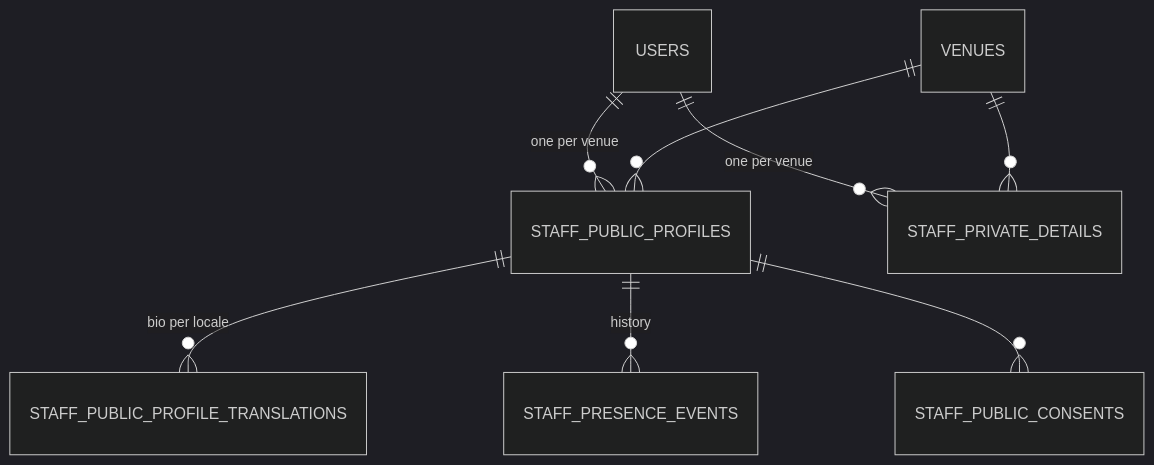
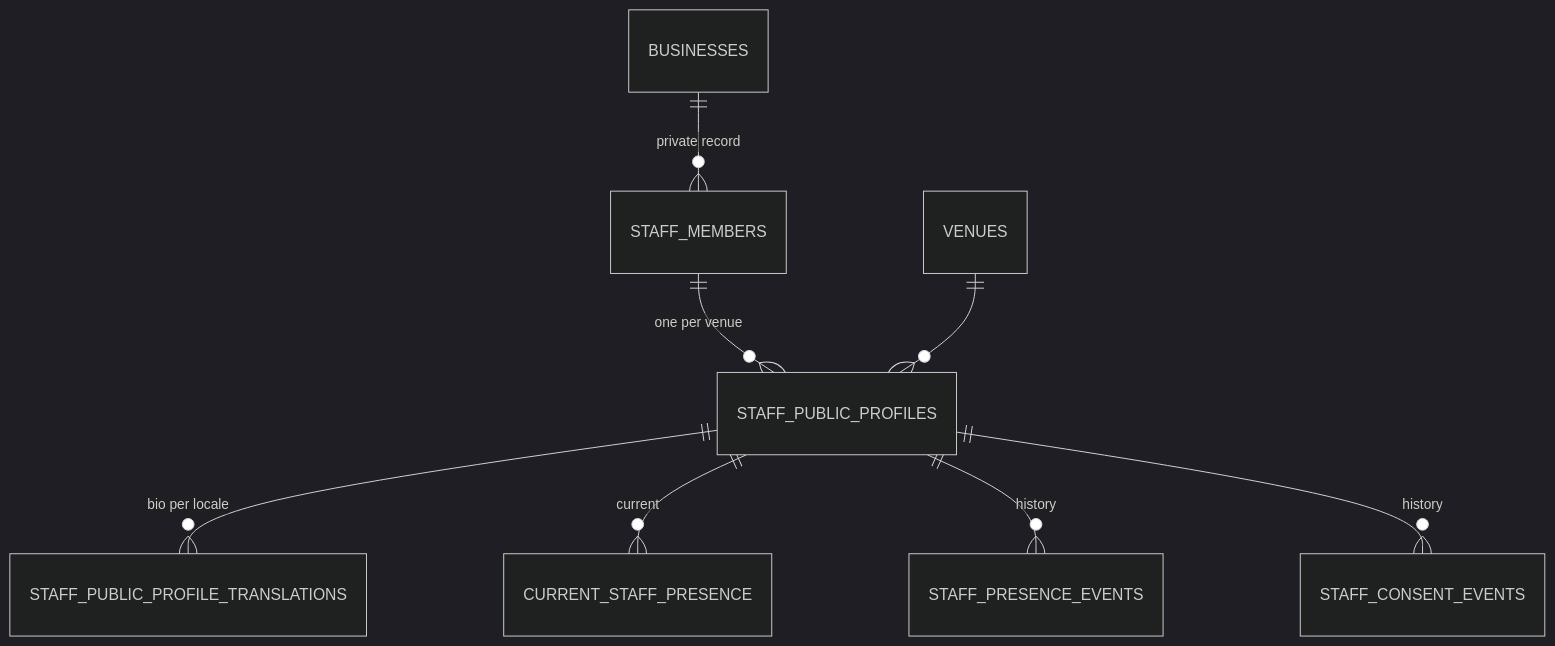
The fifth of 6 diagrams in docs/data-model.md (JAOS-DEV/VenuBoard), drawn with Mermaid (dark theme) before and after one commit. The commit also changed other lines of this file and 49 other files, not shown here.

Commit message:
feat: add staff presence module (#5)

````diff
--- a/docs/data-model.md
+++ b/docs/data-model.md
@@ -226,10 +228,10 @@
 ```mermaid
 erDiagram
-    USERS ||--o{ STAFF_PUBLIC_PROFILES : "one per venue"
+    BUSINESSES ||--o{ STAFF_MEMBERS : "private record"
+    STAFF_MEMBERS ||--o{ STAFF_PUBLIC_PROFILES : "one per venue"
     VENUES ||--o{ STAFF_PUBLIC_PROFILES : ""
-    USERS ||--o{ STAFF_PRIVATE_DETAILS : "one per venue"
-    VENUES ||--o{ STAFF_PRIVATE_DETAILS : ""
     STAFF_PUBLIC_PROFILES ||--o{ STAFF_PUBLIC_PROFILE_TRANSLATIONS : "bio per locale"
+    STAFF_PUBLIC_PROFILES ||--o{ CURRENT_STAFF_PRESENCE : "current"
     STAFF_PUBLIC_PROFILES ||--o{ STAFF_PRESENCE_EVENTS : "history"
-    STAFF_PUBLIC_PROFILES ||--o{ STAFF_PUBLIC_CONSENTS : ""
+    STAFF_PUBLIC_PROFILES ||--o{ STAFF_CONSENT_EVENTS : "history"
 ```
````
